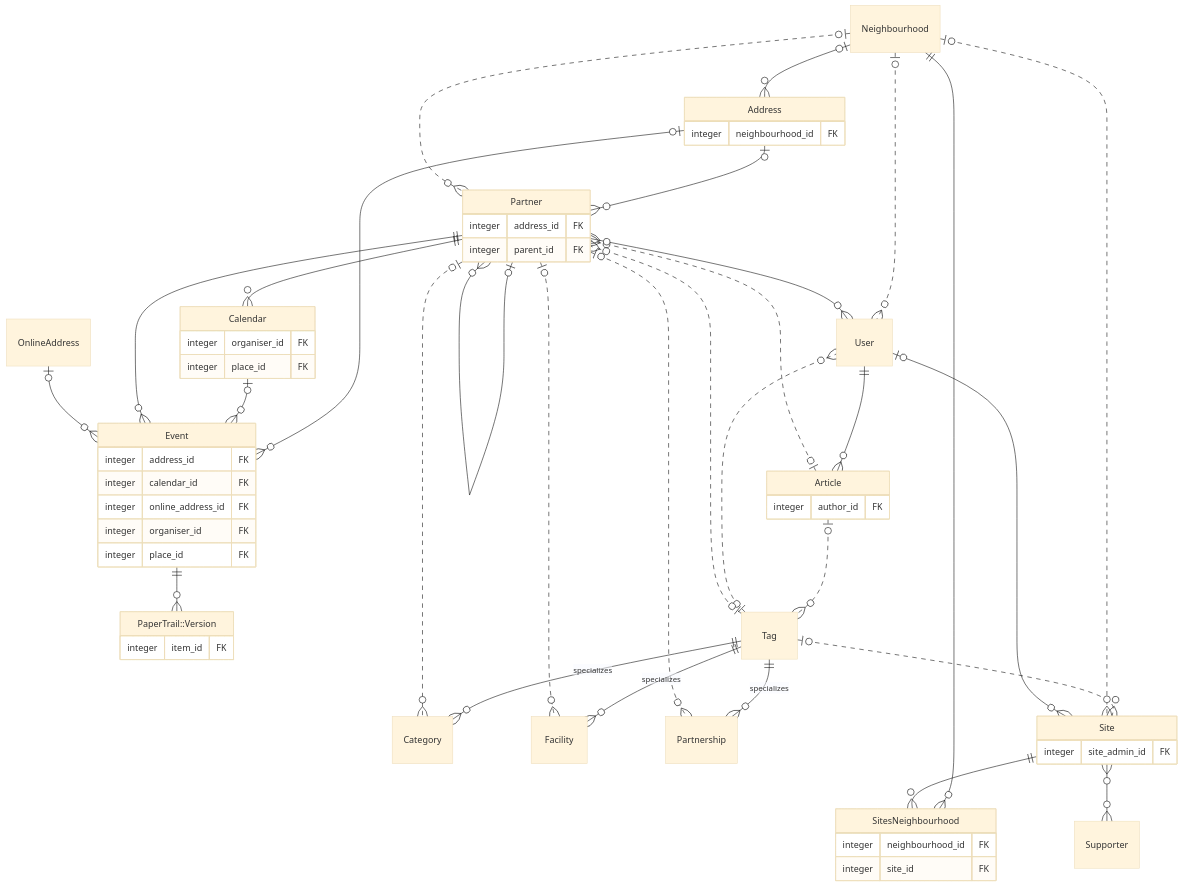
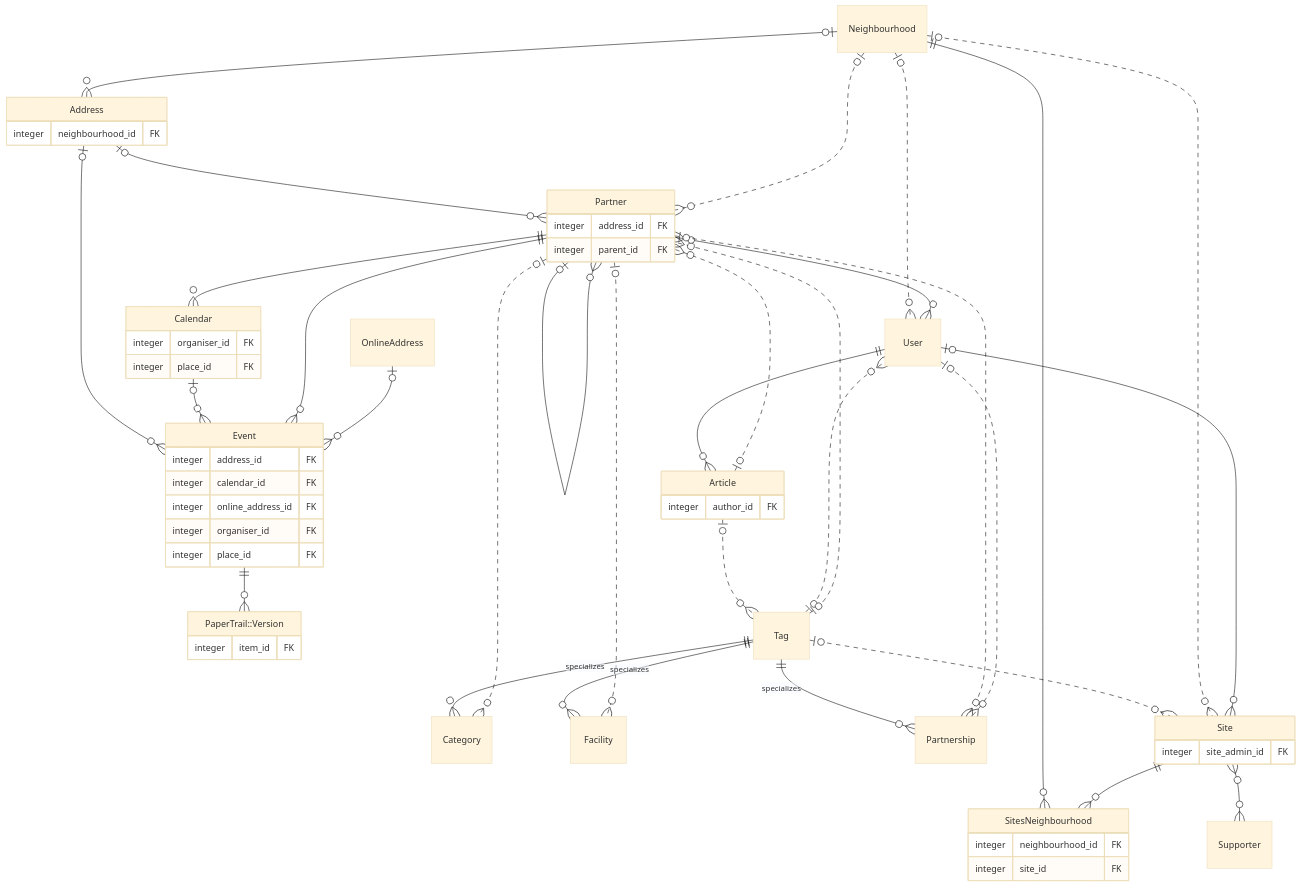
One commit to geeksforsocialchange/PlaceCal changed the diagram in doc/erd.mmd. Above: the diagram before and after it, drawn with Mermaid (base theme). The commit also changed 2 other files, not shown here.

Commit message:
Point User#partnerships at the Partnership class
Give the association class_name: 'Partnership', matching Partner. Rails
adds the STI type condition itself, so the where(type:) lambda goes. The
generated SQL still filters tags.type = 'Partnership', the records load
as Partnership rather than Tag, and the schema diagram now shows the
User to Partnership edge.

Claude-Session: https://claude.ai/code/session_018bMEmSzVQR4r4Upk5RmD2w

```diff
--- a/doc/erd.mmd
+++ b/doc/erd.mmd
@@ -1,78 +1,79 @@
 erDiagram
 	direction TB
 	Address {
 		integer neighbourhood_id FK
 	}
 	Article {
 		integer author_id FK
 	}
 	Calendar {
 		integer organiser_id FK
 		integer place_id FK
 	}
 	Category {
 	}
 	Event {
 		integer address_id FK
 		integer calendar_id FK
 		integer online_address_id FK
 		integer organiser_id FK
 		integer place_id FK
 	}
 	Facility {
 	}
 	Neighbourhood {
 	}
 	OnlineAddress {
 	}
 	"PaperTrail::Version" {
 		integer item_id FK
 	}
 	Partner {
 		integer address_id FK
 		integer parent_id FK
 	}
 	Partnership {
 	}
 	Site {
 		integer site_admin_id FK
 	}
 	SitesNeighbourhood {
 		integer neighbourhood_id FK
 		integer site_id FK
 	}
 	Supporter {
 	}
 	Tag {
 	}
 	User {
 	}
 	Tag ||--o{ Category : "specializes"
 	Tag ||--o{ Facility : "specializes"
 	Tag ||--o{ Partnership : "specializes"
 	Address o|--}o Event : ""
 	Address o|--}o Partner : ""
 	Neighbourhood o|--}o Address : ""
 	Article o|..}o Partner : ""
 	Article o|..}o Tag : ""
 	User ||--}o Article : ""
 	Partner ||--}o Calendar : ""
 	Calendar o|--}o Event : ""
 	Tag o|..}o User : ""
 	Tag o|..}o Partner : ""
 	Tag o|..}o Site : ""
 	Event ||--}o "PaperTrail::Version" : ""
 	Partner ||--}o Event : ""
 	OnlineAddress o|--}o Event : ""
 	Neighbourhood ||--}o SitesNeighbourhood : ""
 	Neighbourhood o|..}o Site : ""
 	Neighbourhood o|..}o User : ""
 	Neighbourhood o|..}o Partner : ""
 	Partner o{--}o User : ""
 	Partner o|..}o Category : ""
 	Partner o|..}o Facility : ""
 	Partner o|..}o Partnership : ""
 	Partner o|--}o Partner : ""
 	Site ||--}o SitesNeighbourhood : ""
 	Site o{--}o Supporter : ""
 	User o|--}o Site : ""
+	User o|..}o Partnership : ""
```
